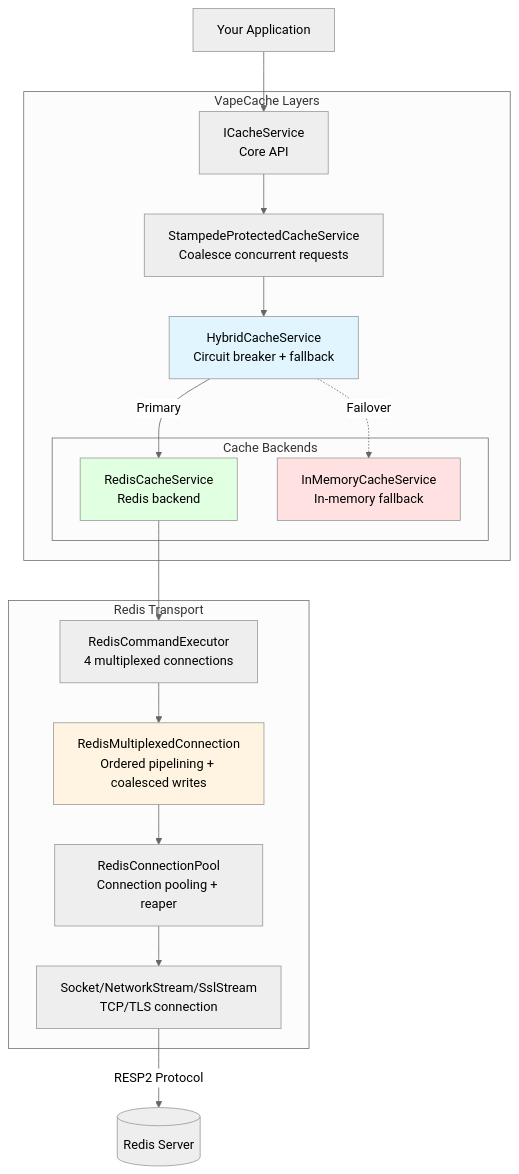
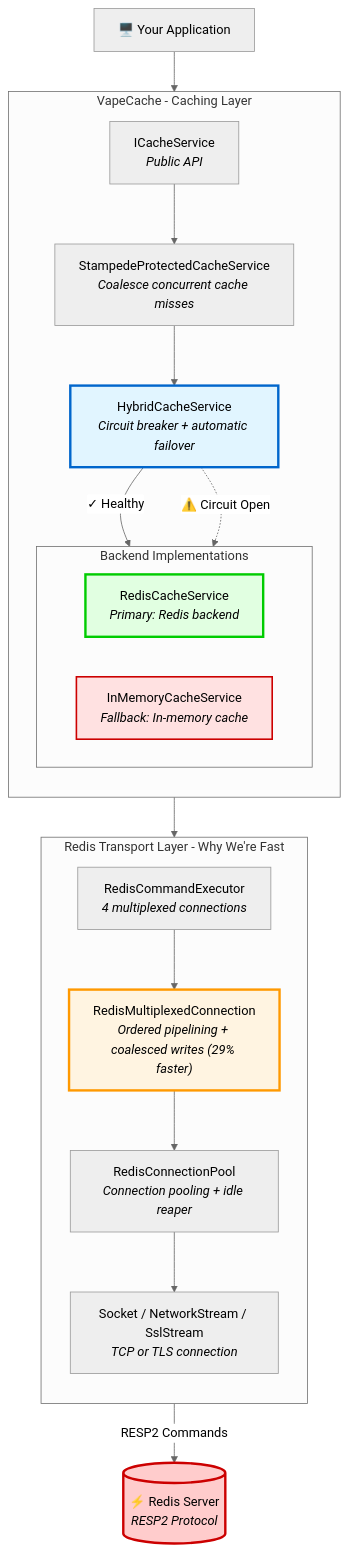
The second of 2 diagrams in README.md (haxxornulled/VapeCache), drawn with Mermaid (neutral theme) before and after one commit.

First paragraph of the commit message:
Docs: Improve Mermaid architecture diagram readability
## Changes

````diff
--- a/README.md
+++ b/README.md
@@ -211,38 +211,44 @@
 ```mermaid
-flowchart TD
-    App[Your Application]
+flowchart TB
+    App["🖥️ Your Application"]
 
-    subgraph Cache["VapeCache Layers"]
-        ICache[ICacheService<br/>Core API]
-        Stampede[StampedeProtectedCacheService<br/>Coalesce concurrent requests]
-        Hybrid[HybridCacheService<br/>Circuit breaker + fallback]
+    subgraph VapeCache["VapeCache - Caching Layer"]
+        direction TB
+        API["ICacheService<br/><i>Public API</i>"]
+        Stampede["StampedeProtectedCacheService<br/><i>Coalesce concurrent cache misses</i>"]
+        Hybrid["HybridCacheService<br/><i>Circuit breaker + automatic failover</i>"]
 
-        subgraph Backends["Cache Backends"]
-            Redis[RedisCacheService<br/>Redis backend]
-            Memory[InMemoryCacheService<br/>In-memory fallback]
+        subgraph Backends["Backend Implementations"]
+            direction LR
+            RedisBackend["RedisCacheService<br/><i>Primary: Redis backend</i>"]
+            MemoryBackend["InMemoryCacheService<br/><i>Fallback: In-memory cache</i>"]
         end
     end
 
-    subgraph Transport["Redis Transport"]
-        Executor[RedisCommandExecutor<br/>4 multiplexed connections]
-        Mux[RedisMultiplexedConnection<br/>Ordered pipelining + coalesced writes]
-        Pool[RedisConnectionPool<br/>Connection pooling + reaper]
-        Socket[Socket/NetworkStream/SslStream<br/>TCP/TLS connection]
+    subgraph RedisTransport["Redis Transport Layer - Why We're Fast"]
+        direction TB
+        Executor["RedisCommandExecutor<br/><i>4 multiplexed connections</i>"]
+        Multiplexer["RedisMultiplexedConnection<br/><i>Ordered pipelining + coalesced writes (29% faster)</i>"]
+        ConnectionPool["RedisConnectionPool<br/><i>Connection pooling + idle reaper</i>"]
+        Network["Socket / NetworkStream / SslStream<br/><i>TCP or TLS connection</i>"]
     end
 
-    App --> ICache
-    ICache --> Stampede
+    RedisInstance[("⚡ Redis Server<br/><i>RESP2 Protocol</i>")]
+
+    App --> API
+    API --> Stampede
     Stampede --> Hybrid
-    Hybrid -->|Primary| Redis
-    Hybrid -.->|Failover| Memory
-    Redis --> Executor
-    Executor --> Mux
-    Mux --> Pool
-    Pool --> Socket
-    Socket -->|RESP2 Protocol| RedisServer[(Redis Server)]
+    Hybrid -->|"✓ Healthy"| RedisBackend
+    Hybrid -.->|"⚠️ Circuit Open"| MemoryBackend
+    RedisBackend --> Executor
+    Executor --> Multiplexer
+    Multiplexer --> ConnectionPool
+    ConnectionPool --> Network
+    Network -->|"RESP2 Commands"| RedisInstance
 
-    style Hybrid fill:#e1f5ff
-    style Memory fill:#ffe1e1
-    style Redis fill:#e1ffe1
-    style Mux fill:#fff4e1
+    style Hybrid fill:#e1f5ff,stroke:#0066cc,stroke-width:3px
+    style MemoryBackend fill:#ffe1e1,stroke:#cc0000,stroke-width:2px
+    style RedisBackend fill:#e1ffe1,stroke:#00cc00,stroke-width:3px
+    style Multiplexer fill:#fff4e1,stroke:#ff9900,stroke-width:3px
+    style RedisInstance fill:#ffcccc,stroke:#cc0000,stroke-width:3px
 ```
````
